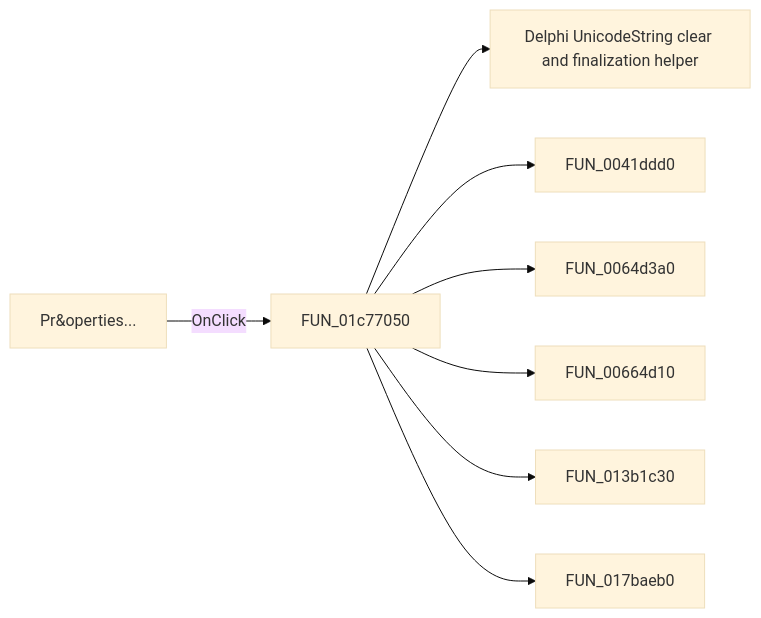
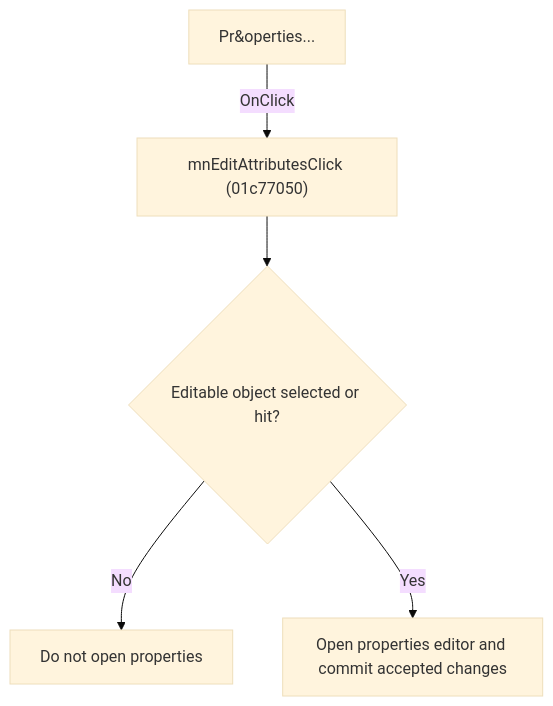
One commit to MovGP0/TIARA changed the diagram in docs/ui-controls/schematiceditor/mneditattributes-73a0b817bb.md. Above: the diagram before and after it, drawn with Mermaid (base theme). The commit also changed other lines of this file and 1062 other files, not shown here.

````diff
--- a/docs/ui-controls/schematiceditor/mneditattributes-73a0b817bb.md
+++ b/docs/ui-controls/schematiceditor/mneditattributes-73a0b817bb.md
@@ -27,10 +27,7 @@
 ```mermaid
-flowchart LR
-    control["Pr&operties..."] -->|OnClick| handler["FUN_01c77050"]
-    handler --> call1["Delphi UnicodeString clear and finalization helper"]
-    handler --> call2["FUN_0041ddd0"]
-    handler --> call3["FUN_0064d3a0"]
-    handler --> call4["FUN_00664d10"]
-    handler --> call5["FUN_013b1c30"]
-    handler --> call6["FUN_017baeb0"]
+flowchart TD
+    control["Pr&operties..."] -->|"OnClick"| handler["mnEditAttributesClick (01c77050)"]
+    handler --> guard{"Editable object selected or hit?"}
+    guard -->|"No"| noChange["Do not open properties"]
+    guard -->|"Yes"| action["Open properties editor and commit accepted changes"]
 ```
````
